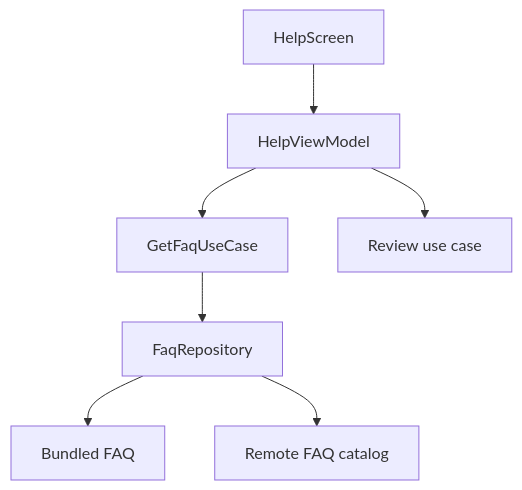
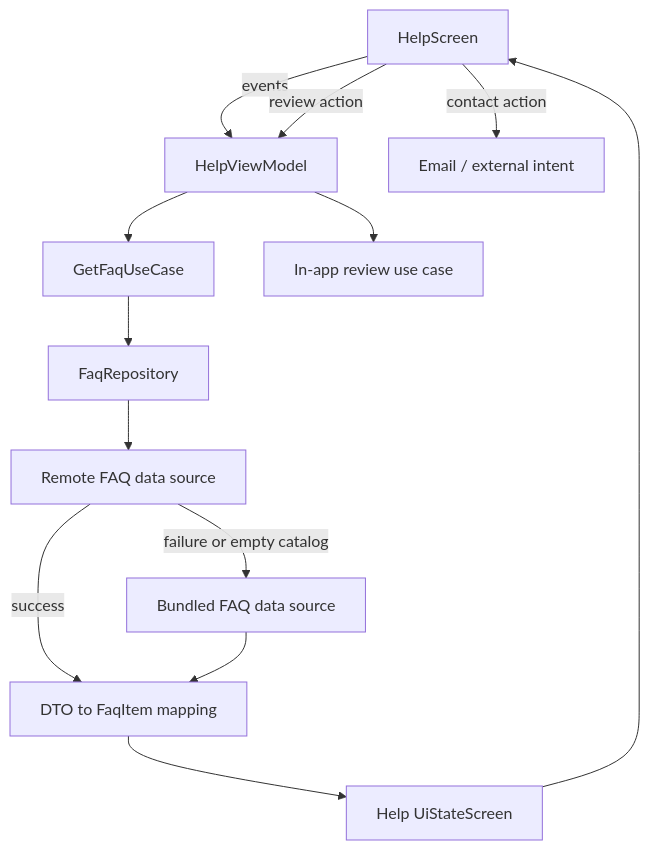
One commit to MihaiCristianCondrea/App-Toolkit-for-Android changed the diagram in library/feature/help/README.md. Above: the diagram before and after it, drawn with Mermaid. The commit also changed other lines of this file and 57 other files, not shown here.

````diff
--- a/library/feature/help/README.md
+++ b/library/feature/help/README.md
@@ -36,9 +36,15 @@
 ```mermaid
 flowchart TD
-    Screen[HelpScreen] --> VM[HelpViewModel]
+    Screen[HelpScreen] -->|events| VM[HelpViewModel]
     VM --> UseCase[GetFaqUseCase]
     UseCase --> Repo[FaqRepository]
-    Repo --> Local[Bundled FAQ]
-    Repo --> Remote[Remote FAQ catalog]
-    VM --> Review[Review use case]
+    Repo --> Remote[Remote FAQ data source]
+    Remote -->|success| Map[DTO to FaqItem mapping]
+    Remote -->|failure or empty catalog| Local[Bundled FAQ data source]
+    Local --> Map
+    Map --> State[Help UiStateScreen]
+    State --> Screen
+    Screen -->|review action| VM
+    VM --> Review[In-app review use case]
+    Screen -->|contact action| Host[Email / external intent]
 ```
````
